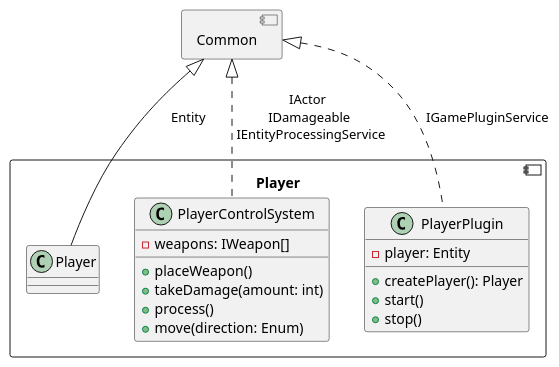
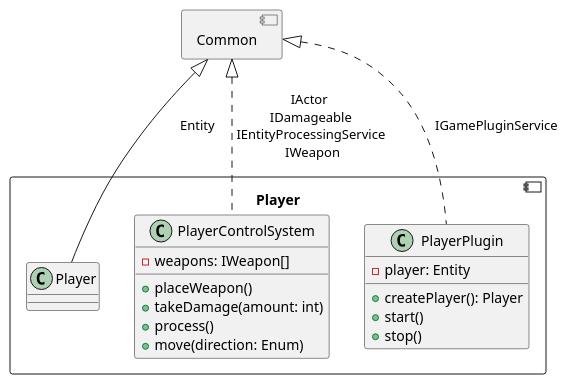
One commit to TidosDK/boom-battle changed the diagram in Documentation/player_design.puml. Above: the diagram before and after it, drawn with PlantUML. The commit also changed 1 other file, not shown here.

Commit message:
Update p & e design diagrams: implement IWeapon

```diff
--- a/Documentation/player_design.puml
+++ b/Documentation/player_design.puml
@@ -1,32 +1,32 @@
 @startuml
 component Common {
 }
 
 component Player {
     class Player {
     }
 
     class PlayerControlSystem {
     - weapons: IWeapon[]
     + placeWeapon()
     + takeDamage(amount: int)
     + process()
     + move(direction: Enum)
     }
 
     class PlayerPlugin {
     - player: Entity
     + createPlayer(): Player
     + start()
     + stop()
     }
 
     skinparam SequenceMessageAlign center
     Common <|-- Player.Player: Entity
-    Common <|.. Player.PlayerControlSystem: IActor \n IDamageable \n IEntityProcessingService
+    Common <|.. Player.PlayerControlSystem: IActor \n IDamageable \n IEntityProcessingService \n IWeapon
     Common <|.. Player.PlayerPlugin: IGamePluginService
 }
 
 
 
 @enduml
```
